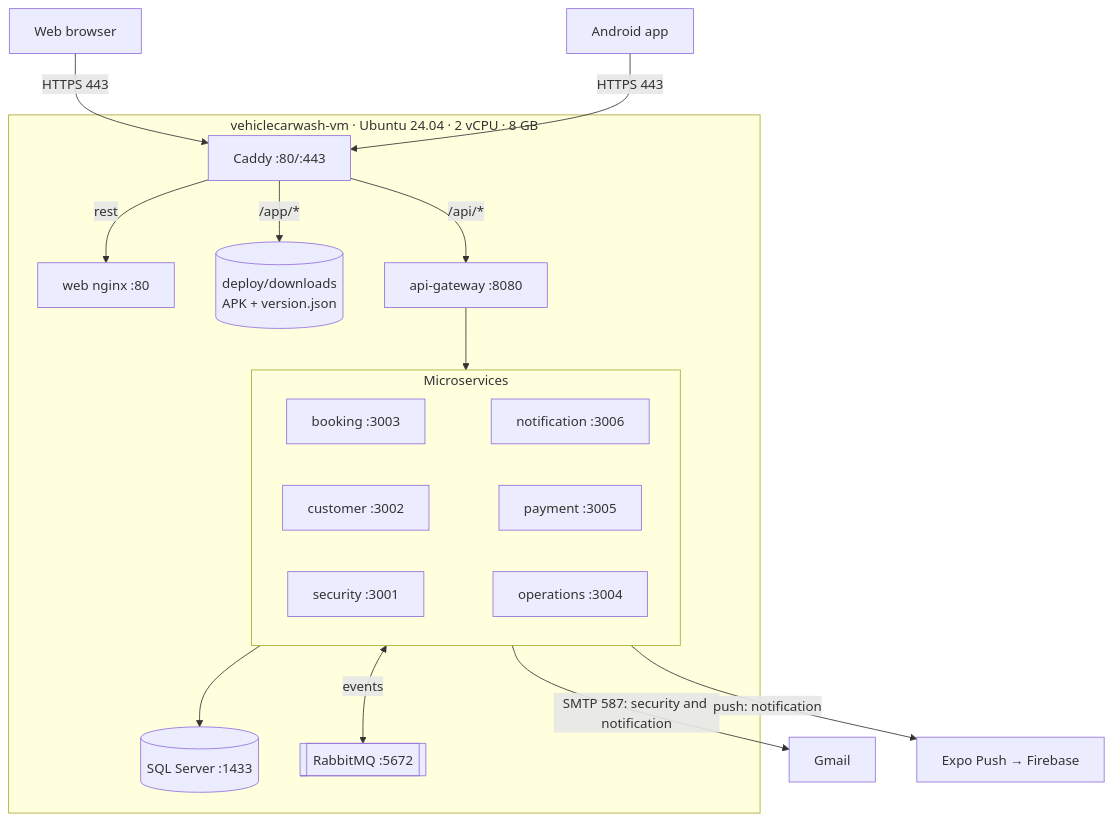
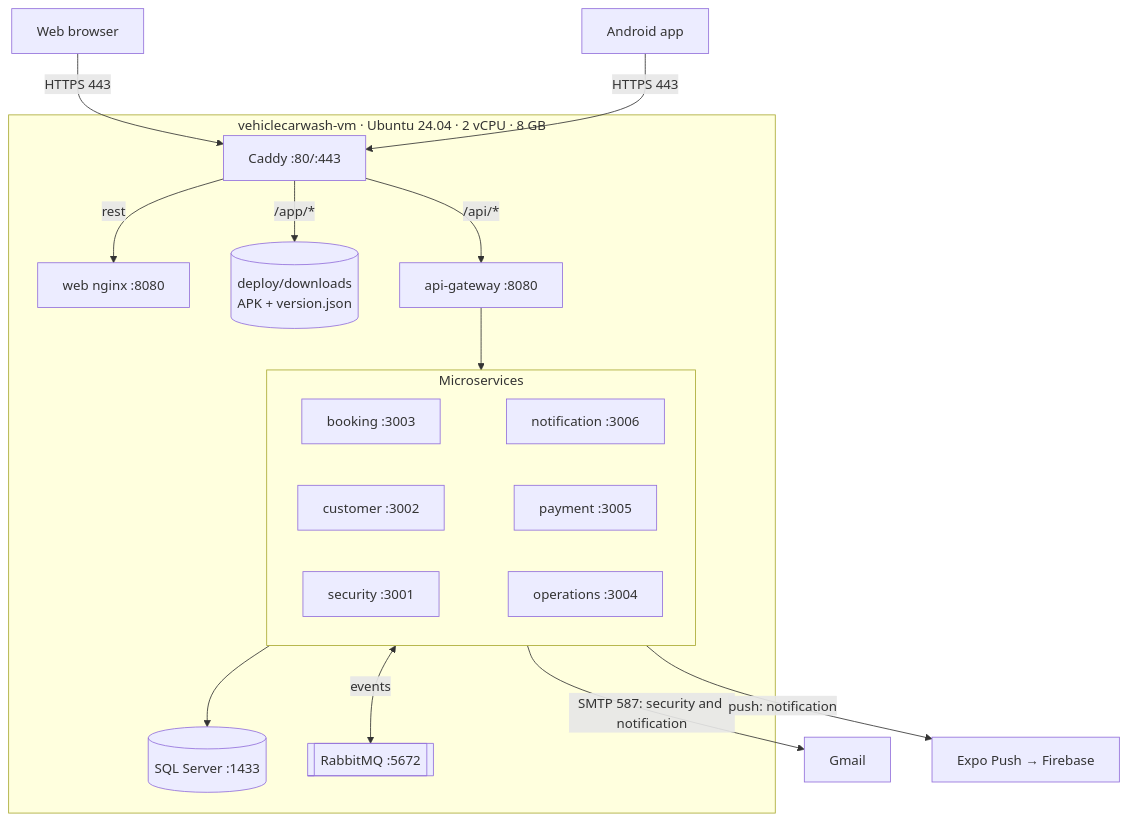
One commit to BrayanCABRERA123/lavarapido-docs changed the diagram in 07_PROCEDIMIENTO_DE_IMPLEMENTACION/EN/MD/deployment-document.md. Above: the diagram before and after it, drawn with Mermaid. The commit also changed other lines of this file and 1 other file, not shown here.

````diff
--- a/07_PROCEDIMIENTO_DE_IMPLEMENTACION/EN/MD/deployment-document.md
+++ b/07_PROCEDIMIENTO_DE_IMPLEMENTACION/EN/MD/deployment-document.md
@@ -249,37 +274,37 @@
 ```mermaid
 flowchart TB
     U[Web browser]
     M[Android app]
     subgraph VM["vehiclecarwash-vm · Ubuntu 24.04 · 2 vCPU · 8 GB"]
       C[Caddy :80/:443]
-      W[web nginx :80]
+      W[web nginx :8080]
       D[(deploy/downloads<br/>APK + version.json)]
       G[api-gateway :8080]
       subgraph SVC["Microservices"]
         direction LR
         S1[security :3001]
         S2[customer :3002]
         S3[booking :3003]
         S4[operations :3004]
         S5[payment :3005]
         S6[notification :3006]
         S3 ~~~ S6
         S2 ~~~ S5
         S1 ~~~ S4
       end
       DB[(SQL Server :1433)]
       MQ[[RabbitMQ :5672]]
     end
     GM[Gmail]
     EX[Expo Push → Firebase]
     U -->|HTTPS 443| C
     M -->|HTTPS 443| C
     C -->|rest| W
     C -->|/app/*| D
     C -->|/api/*| G
     G --> SVC
     SVC --> DB
     SVC <-->|events| MQ
     SVC -->|"SMTP 587: security and notification"| GM
     SVC -->|"push: notification"| EX
 ```
````
